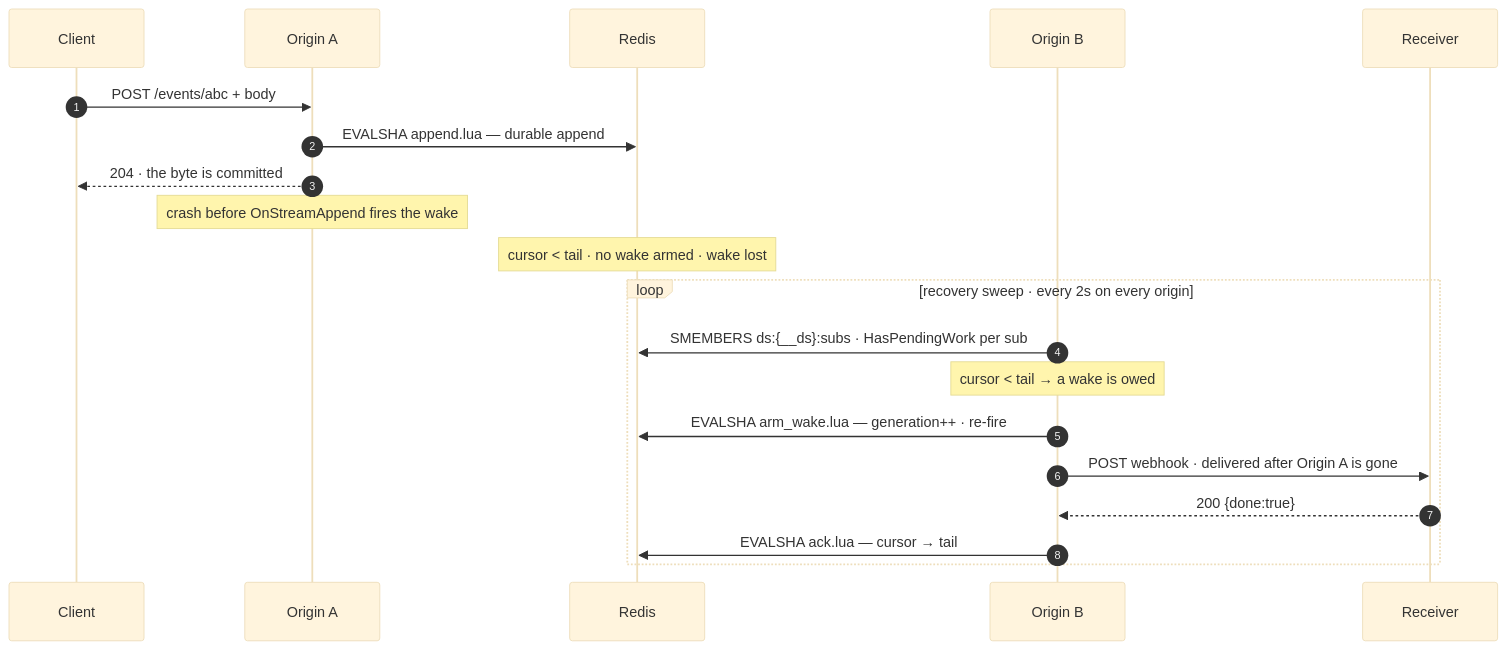
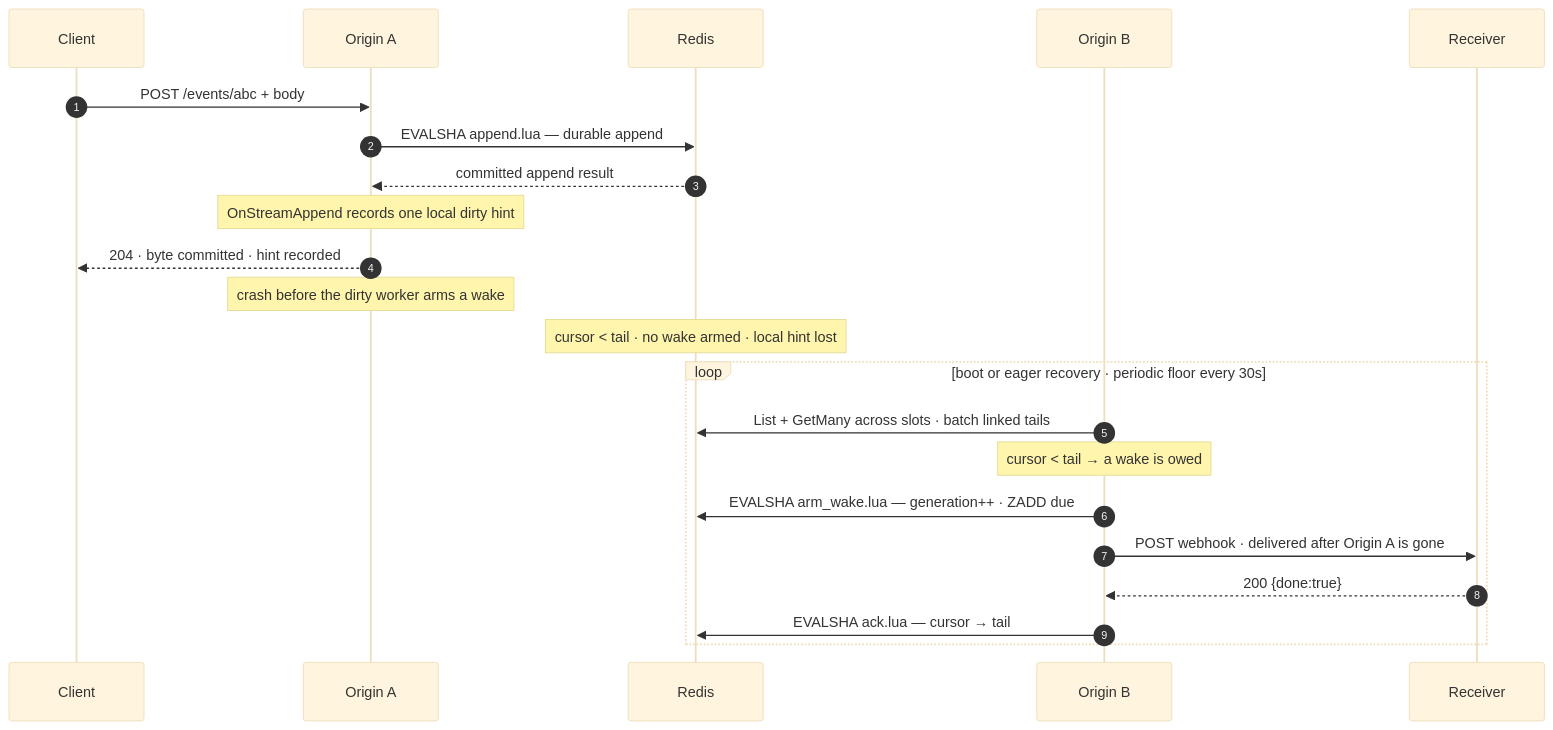
Before and after one commit to adityavkk/chronicle: the diagram in docs-site/diagrams/seq-sub-sweep.mmd, drawn with Mermaid (base theme). The commit also changed 30 other files, not shown here.

```diff
--- a/docs-site/diagrams/seq-sub-sweep.mmd
+++ b/docs-site/diagrams/seq-sub-sweep.mmd
@@ -1,20 +1,22 @@
 sequenceDiagram
     autonumber
     participant C as Client
     participant O1 as Origin A
     participant R as Redis
     participant O2 as Origin B
     participant Recv as Receiver
     C->>O1: POST /events/abc + body
     O1->>R: EVALSHA append.lua — durable append
-    O1-->>C: 204 · the byte is committed
-    Note over O1: crash before OnStreamAppend fires the wake
-    Note over R: cursor < tail · no wake armed · wake lost
-    loop recovery sweep · every 2s on every origin
-        O2->>R: SMEMBERS ds:{__ds}:subs · HasPendingWork per sub
+    R-->>O1: committed append result
+    Note over O1: OnStreamAppend records one local dirty hint
+    O1-->>C: 204 · byte committed · hint recorded
+    Note over O1: crash before the dirty worker arms a wake
+    Note over R: cursor < tail · no wake armed · local hint lost
+    loop boot or eager recovery · periodic floor every 30s
+        O2->>R: List + GetMany across slots · batch linked tails
         Note over O2: cursor < tail → a wake is owed
-        O2->>R: EVALSHA arm_wake.lua — generation++ · re-fire
+        O2->>R: EVALSHA arm_wake.lua — generation++ · ZADD due
         O2->>Recv: POST webhook · delivered after Origin A is gone
         Recv-->>O2: 200 {done:true}
         O2->>R: EVALSHA ack.lua — cursor → tail
     end
```
